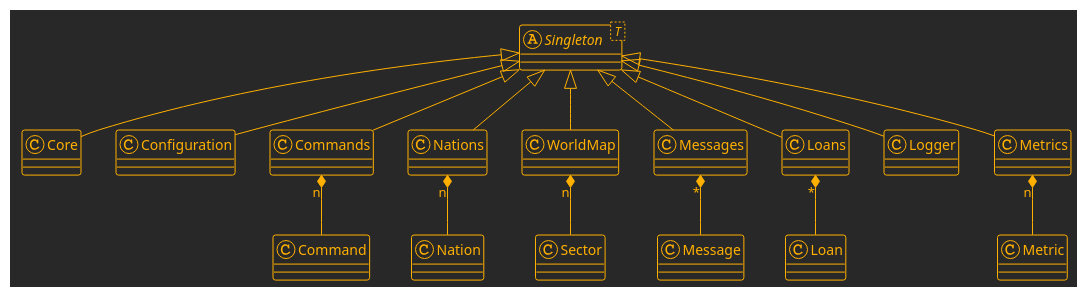
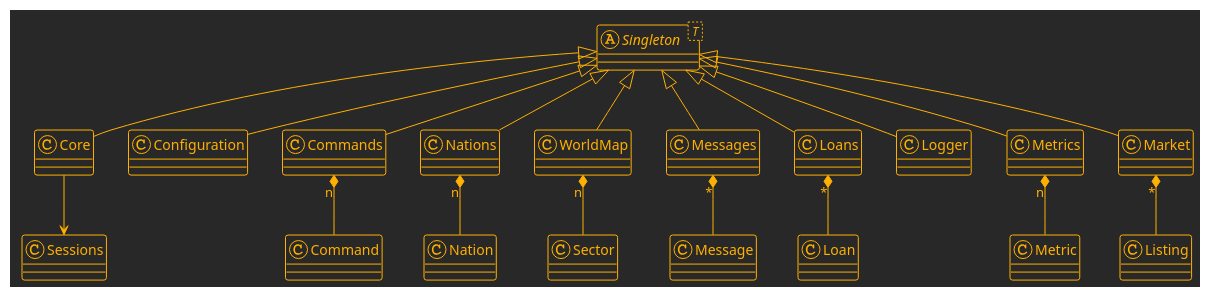
Before and after one commit to marknelsonengineer/empire: the first of 10 diagrams in DESIGN_CONCEPTS.md, drawn with PlantUML. The commit also changed other lines of this file and 3 other files, not shown here.

```diff
--- a/DESIGN_CONCEPTS.md
+++ b/DESIGN_CONCEPTS.md
@@ -9,42 +9,48 @@
 @startuml
 !theme crt-amber
 
 ' Template-based, abstract Singleton
 abstract class "Singleton< T >" as Singleton {
 }
 
 class Core
 class Configuration
 class Commands
 class Nations
 class WorldMap
 class Messages
 class Loans
 class Logger
 class Metrics
+class Market
 
+class Sessions
 class Nation
 class Command
 class Sector
 class Message
 class Loan
 class Metric
+class Listing
 
 Singleton <|-- Core         
 Singleton <|-- Configuration
 Singleton <|-- Commands     
 Singleton <|-- Nations      
 Singleton <|-- WorldMap     
 Singleton <|-- Messages     
 Singleton <|-- Loans        
 Singleton <|-- Logger       
-Singleton <|-- Metrics      
+Singleton <|-- Metrics     
+Singleton <|-- Market
 
+Core         -->  Sessions
 Nations  "n" *-- Nation   
 Commands "n" *-- Command  
 WorldMap "n" *-- Sector   
 Messages "*" *-- Message  
 Loans    "*" *-- Loan     
-Metrics  "n" *-- Metric   
+Metrics  "n" *-- Metric
+Market   "*" *-- Listing
 
 @enduml
```
